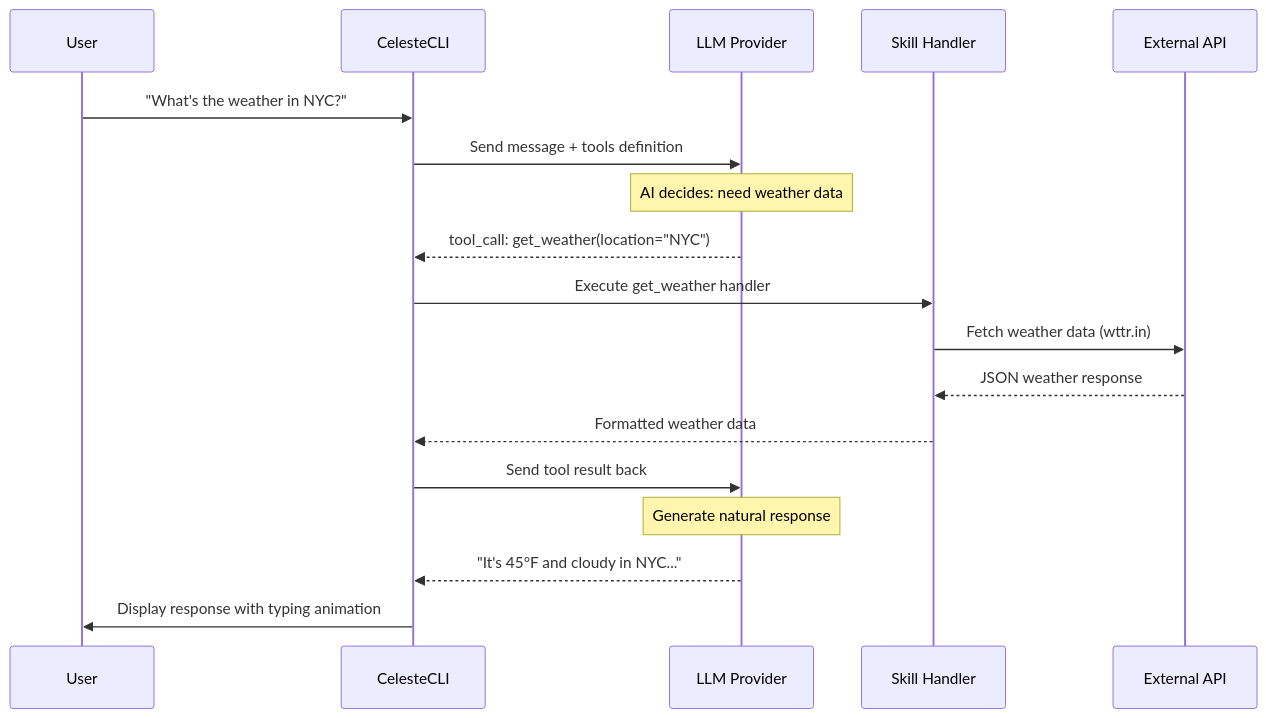
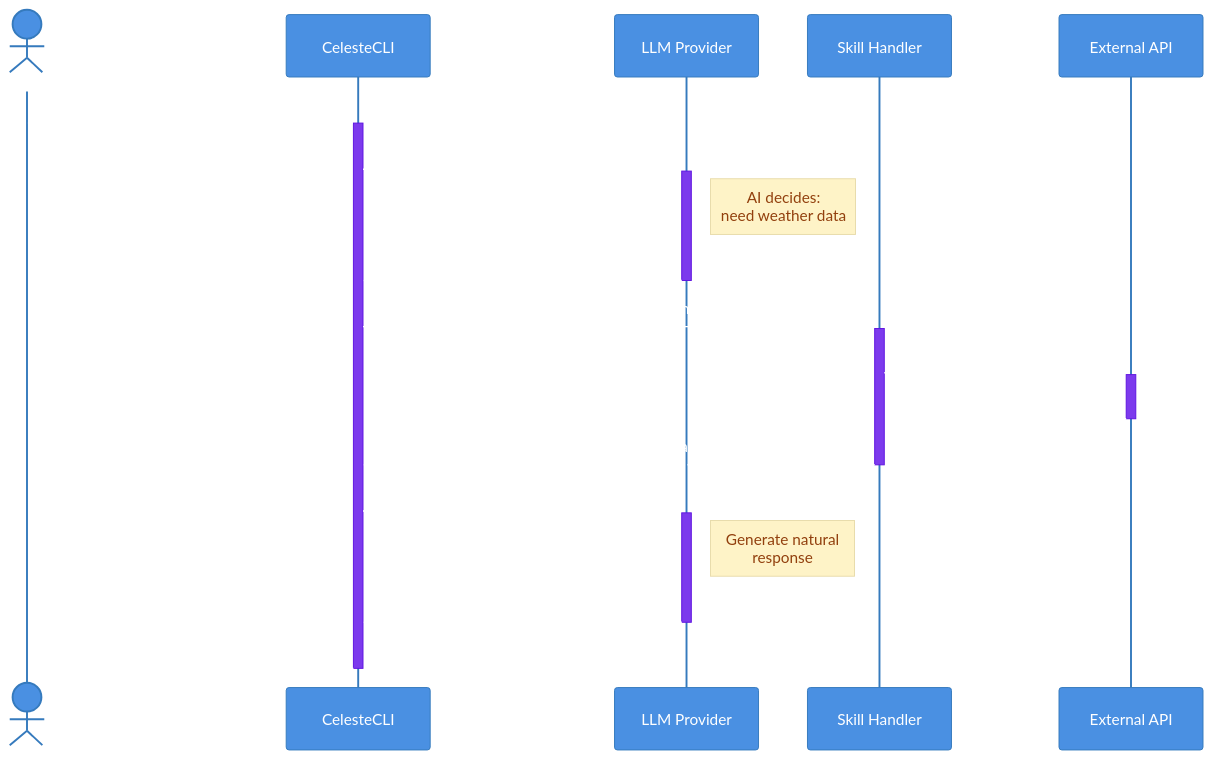
One commit to whykusanagi/celesteCLI changed the first of 2 diagrams in README.md. Above: the diagram before and after it, drawn with Mermaid. The commit also changed 1 other file, not shown here.

Commit message:
fix: Apply gofmt and improve mermaid sequence diagram colors

````diff
--- a/README.md
+++ b/README.md
@@ -352,21 +352,22 @@
 ```mermaid
+%%{init: {'theme':'base', 'themeVariables': {'primaryColor':'#4a90e2','primaryTextColor':'#fff','primaryBorderColor':'#357abd','lineColor':'#6c757d','secondaryColor':'#7c3aed','tertiaryColor':'#10b981','noteBkgColor':'#fef3c7','noteTextColor':'#92400e'}}}%%
 sequenceDiagram
-    participant User
+    actor User
     participant CLI as CelesteCLI
     participant LLM as LLM Provider
     participant Skill as Skill Handler
     participant API as External API
 
-    User->>CLI: "What's the weather in NYC?"
-    CLI->>LLM: Send message + tools definition
-    Note over LLM: AI decides: need weather data
-    LLM-->>CLI: tool_call: get_weather(location="NYC")
-    CLI->>Skill: Execute get_weather handler
-    Skill->>API: Fetch weather data (wttr.in)
-    API-->>Skill: JSON weather response
-    Skill-->>CLI: Formatted weather data
-    CLI->>LLM: Send tool result back
-    Note over LLM: Generate natural response
-    LLM-->>CLI: "It's 45°F and cloudy in NYC..."
-    CLI->>User: Display response with typing animation
+    User->>+CLI: "What's the weather in NYC?"
+    CLI->>+LLM: Send message + tools definition
+    Note right of LLM: AI decides:<br/>need weather data
+    LLM-->>-CLI: tool_call: get_weather(location="NYC")
+    CLI->>+Skill: Execute get_weather handler
+    Skill->>+API: Fetch weather data (wttr.in)
+    API-->>-Skill: JSON weather response
+    Skill-->>-CLI: Formatted weather data
+    CLI->>+LLM: Send tool result back
+    Note right of LLM: Generate natural<br/>response
+    LLM-->>-CLI: "It's 45°F and cloudy in NYC..."
+    CLI->>-User: Display response with typing animation
 ```
````
